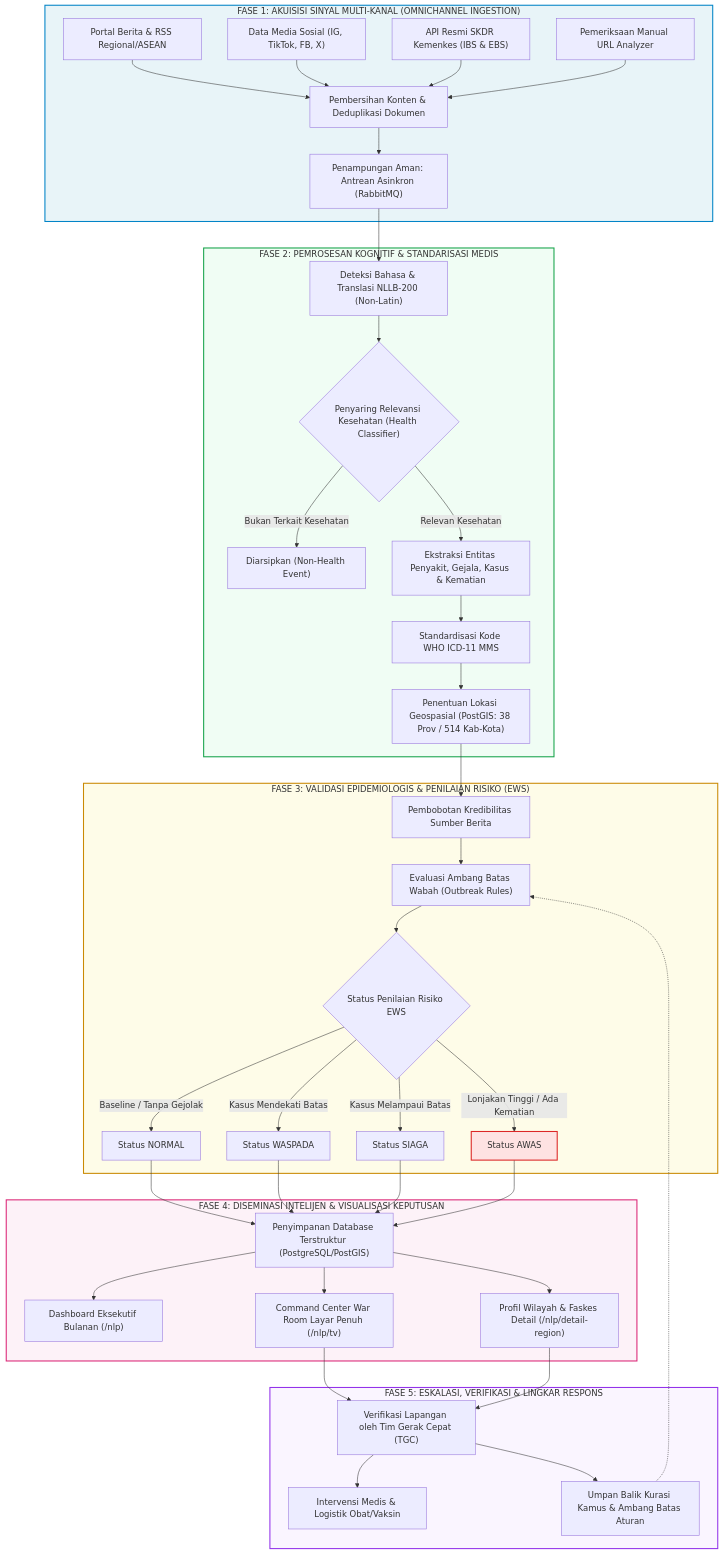
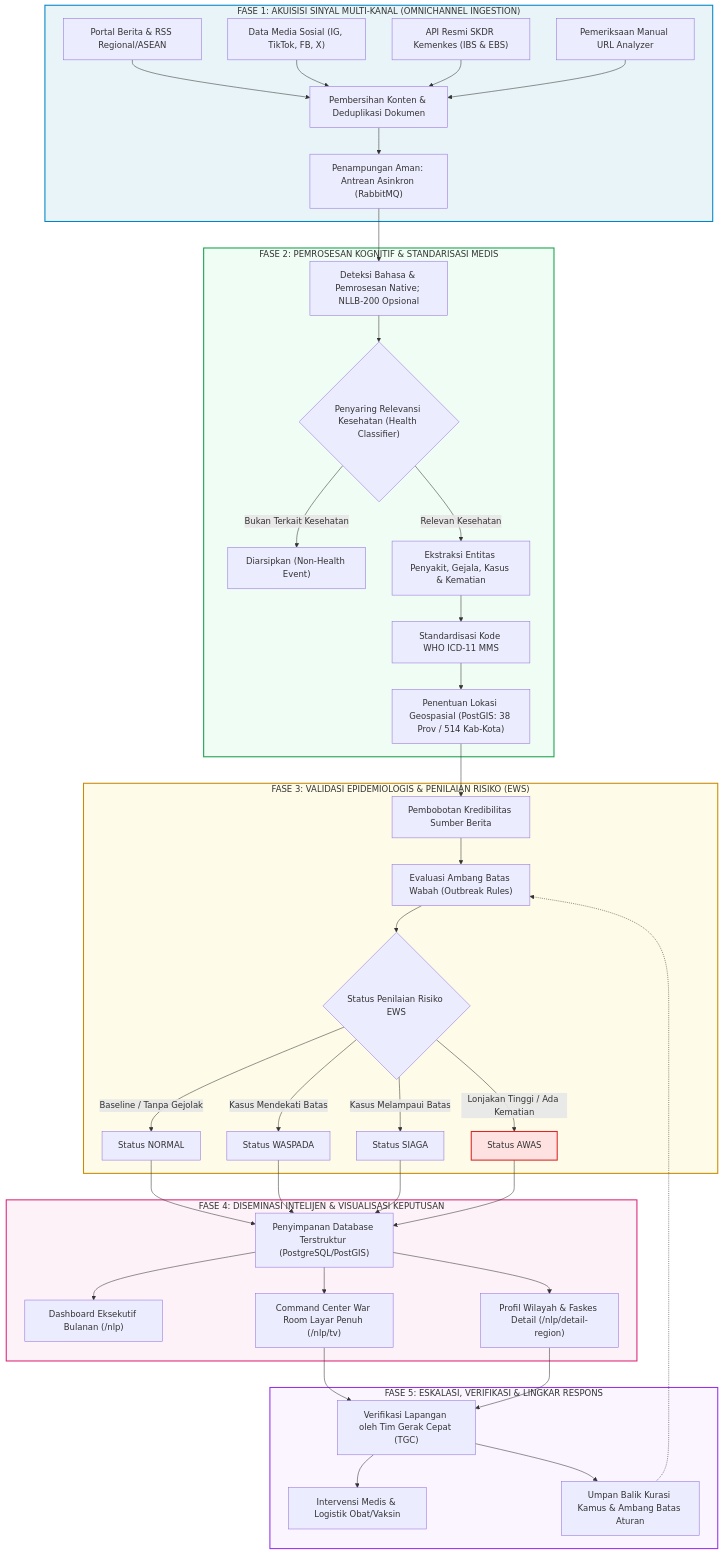
One commit to cuatiawww/nlp-test changed the diagram in docs/PROSES_BISNIS.md. Above: the diagram before and after it, drawn with Mermaid. The commit also changed other lines of this file and 39 other files, not shown here.

````diff
--- a/docs/PROSES_BISNIS.md
+++ b/docs/PROSES_BISNIS.md
@@ -161,60 +161,60 @@
 ```mermaid
 flowchart TD
     %% SUBGRAPH 1: INGESTION
     subgraph FASE_1 ["FASE 1: AKUISISI SINYAL MULTI-KANAL (OMNICHANNEL INGESTION)"]
         A1["Portal Berita & RSS Regional/ASEAN"]
         A2["Data Media Sosial (IG, TikTok, FB, X)"]
         A3["API Resmi SKDR Kemenkes (IBS & EBS)"]
         A4["Pemeriksaan Manual URL Analyzer"]
         
         A1 & A2 & A3 & A4 --> B1["Pembersihan Konten & Deduplikasi Dokumen"]
         B1 --> B2["Penampungan Aman: Antrean Asinkron (RabbitMQ)"]
     end
 
     %% SUBGRAPH 2: NLP & STANDARDIZATION
     subgraph FASE_2 ["FASE 2: PEMROSESAN KOGNITIF & STANDARISASI MEDIS"]
-        B2 --> C1["Deteksi Bahasa & Translasi NLLB-200 (Non-Latin)"]
+        B2 --> C1["Deteksi Bahasa & Pemrosesan Native; NLLB-200 Opsional"]
         C1 --> C2{"Penyaring Relevansi Kesehatan (Health Classifier)"}
         
         C2 -- "Bukan Terkait Kesehatan" --> C3["Diarsipkan (Non-Health Event)"]
         C2 -- "Relevan Kesehatan" --> D1["Ekstraksi Entitas Penyakit, Gejala, Kasus & Kematian"]
         
         D1 --> D2["Standardisasi Kode WHO ICD-11 MMS"]
         D2 --> D3["Penentuan Lokasi Geospasial (PostGIS: 38 Prov / 514 Kab-Kota)"]
     end
 
     %% SUBGRAPH 3: VALIDASI & EWS
     subgraph FASE_3 ["FASE 3: VALIDASI EPIDEMIOLOGIS & PENILAIAN RISIKO (EWS)"]
         D3 --> E1["Pembobotan Kredibilitas Sumber Berita"]
         E1 --> E2["Evaluasi Ambang Batas Wabah (Outbreak Rules)"]
         
         E2 --> E3{"Status Penilaian Risiko EWS"}
         E3 -- "Baseline / Tanpa Gejolak" --> S_NORM["Status NORMAL"]
         E3 -- "Kasus Mendekati Batas" --> S_WASP["Status WASPADA"]
         E3 -- "Kasus Melampaui Batas" --> S_SIAG["Status SIAGA"]
         E3 -- "Lonjakan Tinggi / Ada Kematian" --> S_AWAS["Status AWAS"]
     end
 
     %% SUBGRAPH 4: DISEMINASI
     subgraph FASE_4 ["FASE 4: DISEMINASI INTELIJEN & VISUALISASI KEPUTUSAN"]
         S_NORM & S_WASP & S_SIAG & S_AWAS --> F1["Penyimpanan Database Terstruktur (PostgreSQL/PostGIS)"]
         F1 --> G1["Dashboard Eksekutif Bulanan (/nlp)"]
         F1 --> G2["Command Center War Room Layar Penuh (/nlp/tv)"]
         F1 --> G3["Profil Wilayah & Faskes Detail (/nlp/detail-region)"]
     end
 
     %% SUBGRAPH 5: AKSI & RESPON
     subgraph FASE_5 ["FASE 5: ESKALASI, VERIFIKASI & LINGKAR RESPONS"]
         G2 & G3 --> H1["Verifikasi Lapangan oleh Tim Gerak Cepat (TGC)"]
         H1 --> H2["Intervensi Medis & Logistik Obat/Vaksin"]
         H1 --> H3["Umpan Balik Kurasi Kamus & Ambang Batas Aturan"]
         H3 -.-> E2
     end
 
     style FASE_1 fill:#e8f4f8,stroke:#0284c7,stroke-width:2px;
     style FASE_2 fill:#f0fdf4,stroke:#16a34a,stroke-width:2px;
     style FASE_3 fill:#fefce8,stroke:#ca8a04,stroke-width:2px;
     style FASE_4 fill:#fdf2f8,stroke:#db2777,stroke-width:2px;
     style FASE_5 fill:#faf5ff,stroke:#9333ea,stroke-width:2px;
     style S_AWAS fill:#fee2e2,stroke:#dc2626,stroke-width:2px;
 ```
````
